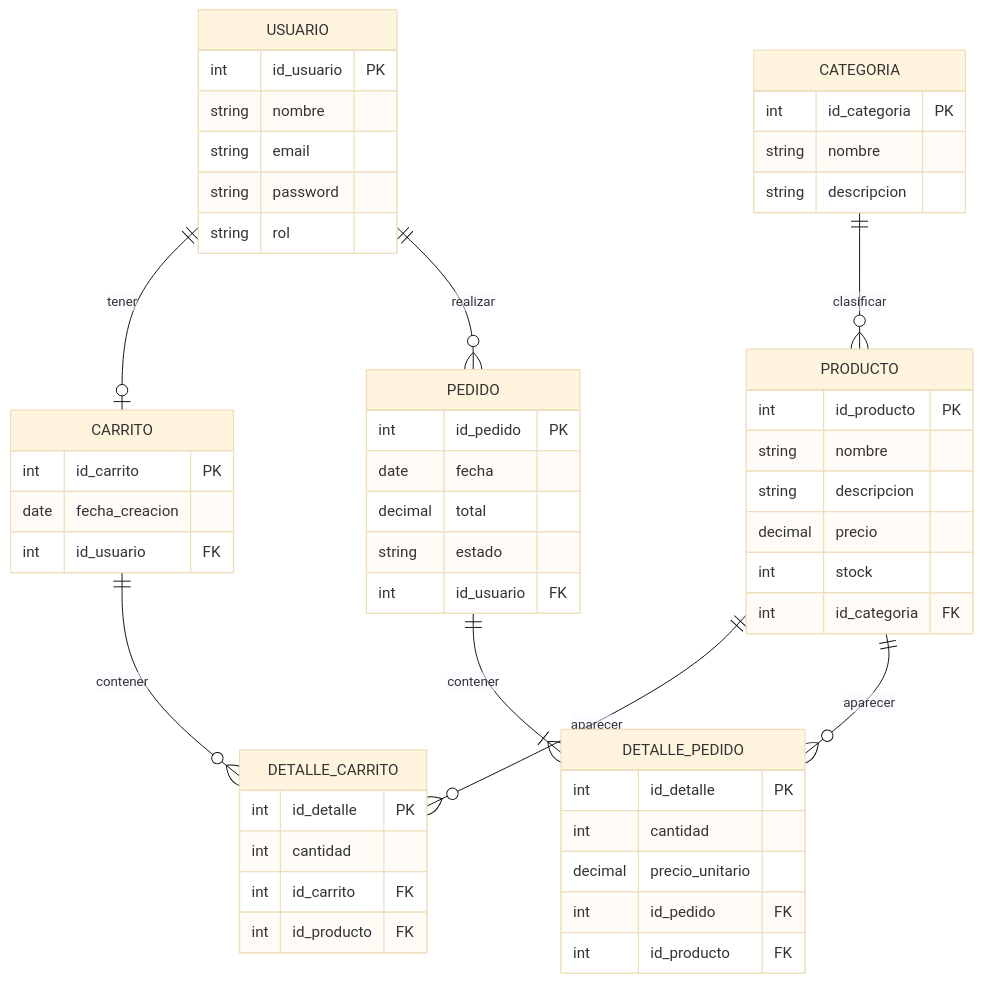
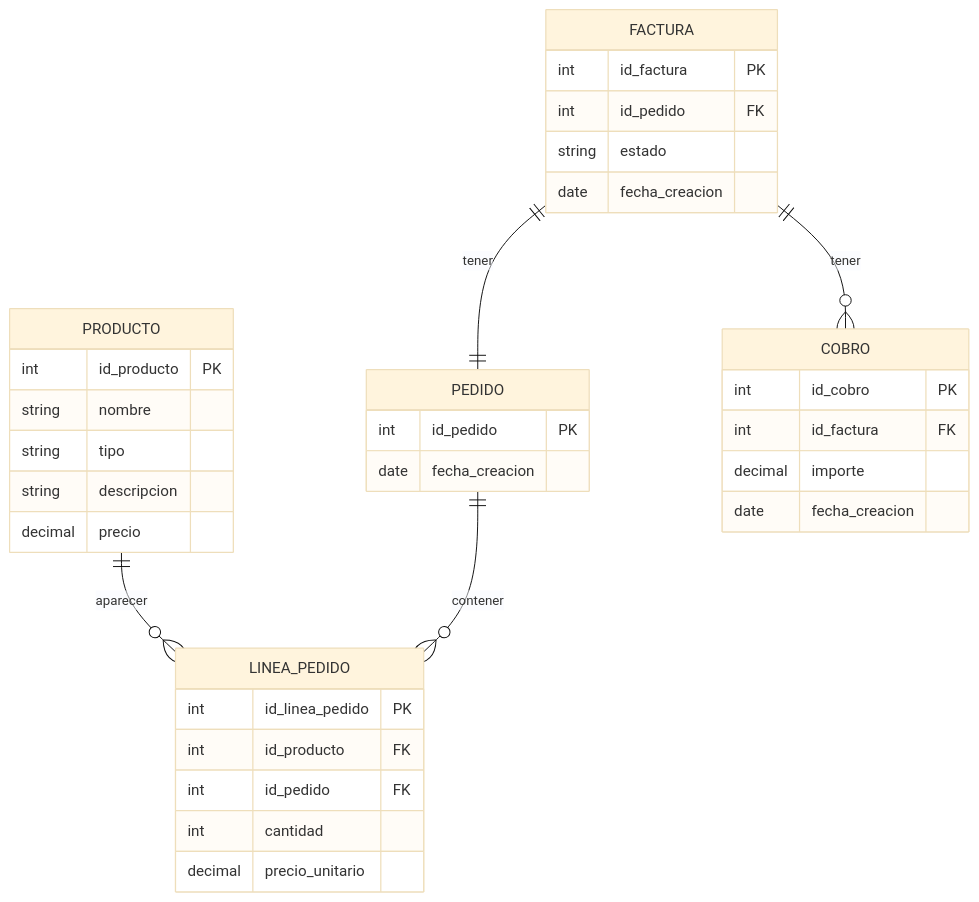
One commit to InesLlopis/la-pitayera changed the diagram in docs/diagramaER.md. Above: the diagram before and after it, drawn with Mermaid (base theme). The commit also changed 2 other files, not shown here.

Commit message:
echo: crea cinco modelos de datos

````diff
--- a/docs/diagramaER.md
+++ b/docs/diagramaER.md
@@ -5,64 +5,44 @@
 ```mermaid
 erDiagram
-    USUARIO {
-        int id_usuario PK
-        string nombre
-        string email
-        string password
-        string rol
-    }
-
-    CATEGORIA {
-        int id_categoria PK
-        string nombre
-        string descripcion
-    }
-
+    
     PRODUCTO {
         int id_producto PK
         string nombre
+        string tipo
         string descripcion
         decimal precio
-        int stock
-        int id_categoria FK
-    }
-
-    CARRITO {
-        int id_carrito PK
-        date fecha_creacion
-        int id_usuario FK
-    }
-
-    DETALLE_CARRITO {
-        int id_detalle PK
-        int cantidad
-        int id_carrito FK
-        int id_producto FK
     }
 
     PEDIDO {
         int id_pedido PK
-        date fecha
-        decimal total
-        string estado
-        int id_usuario FK
+        date fecha_creacion
     }
 
-    DETALLE_PEDIDO {
-        int id_detalle PK
+    LINEA_PEDIDO {
+        int id_linea_pedido PK
+        int id_producto FK
+        int id_pedido FK
         int cantidad
         decimal precio_unitario
-        int id_pedido FK
-        int id_producto FK
     }
 
-    USUARIO ||--o| CARRITO : tener
-    CARRITO ||--o{ DETALLE_CARRITO : contener
-    PRODUCTO ||--o{ DETALLE_CARRITO : aparecer
+    FACTURA {
+        int id_factura PK
+        int id_pedido FK
+        string estado
+        date fecha_creacion
+    }
 
-    USUARIO ||--o{ PEDIDO : realizar
-    PEDIDO ||--|{ DETALLE_PEDIDO : contener
-    PRODUCTO ||--o{ DETALLE_PEDIDO : aparecer
+    COBRO {
+        int id_cobro PK
+        int id_factura FK
+        decimal importe
+        date fecha_creacion
+    }
 
-    CATEGORIA ||--o{ PRODUCTO : clasificar
+    PRODUCTO ||--o{ LINEA_PEDIDO : aparecer
+    PEDIDO ||--o{ LINEA_PEDIDO : contener
+    FACTURA ||--|| PEDIDO : tener
+    FACTURA ||--o{ COBRO : tener
+    
 ```
````
